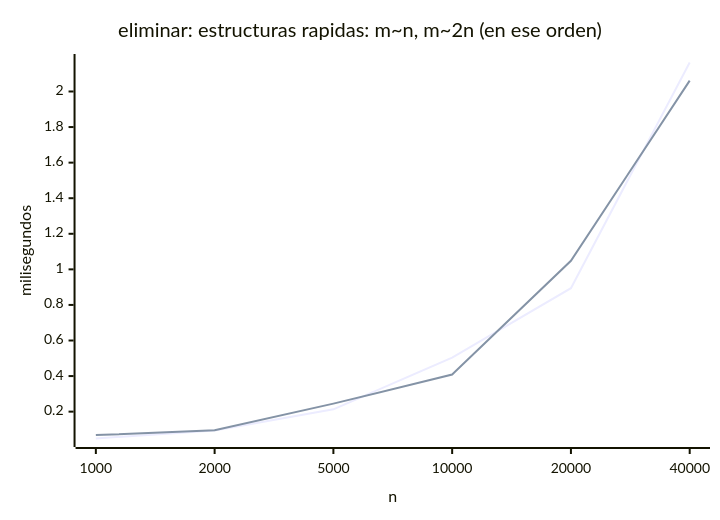
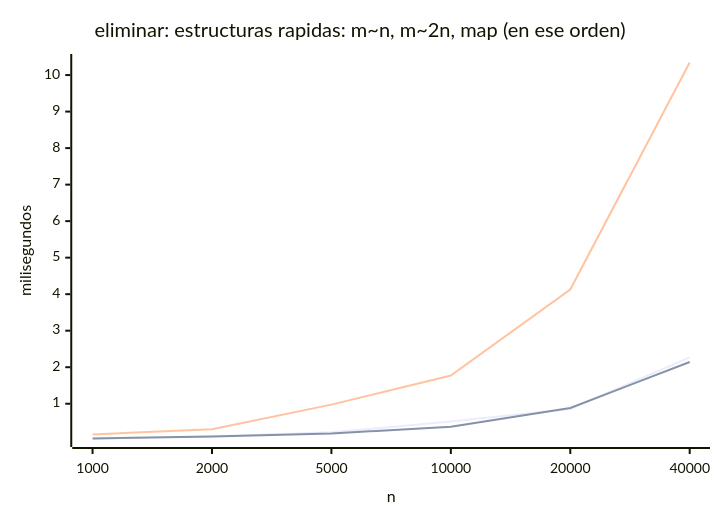
The fourth of 4 diagrams in docs/informe-final.md (JuanManuelParedes/estr-2026-2-proyecto), drawn with Mermaid before and after one commit. The commit also changed other lines of this file and 4 other files, not shown here.

````diff
--- a/docs/informe-final.md
+++ b/docs/informe-final.md
@@ -522,8 +536,9 @@
 ```mermaid
 xychart-beta
-  title "eliminar: estructuras rapidas: m~n, m~2n (en ese orden)"
+  title "eliminar: estructuras rapidas: m~n, m~2n, map (en ese orden)"
   x-axis "n" [1000, 2000, 5000, 10000, 20000, 40000]
   y-axis "milisegundos"
-  line [0.049, 0.094, 0.213, 0.504, 0.894, 2.163]
-  line [0.068, 0.095, 0.245, 0.409, 1.048, 2.061]
+  line [0.051, 0.103, 0.219, 0.511, 0.857, 2.269]
+  line [0.048, 0.100, 0.185, 0.372, 0.882, 2.143]
+  line [0.159, 0.300, 0.976, 1.774, 4.129, 10.344]
 ```
````
